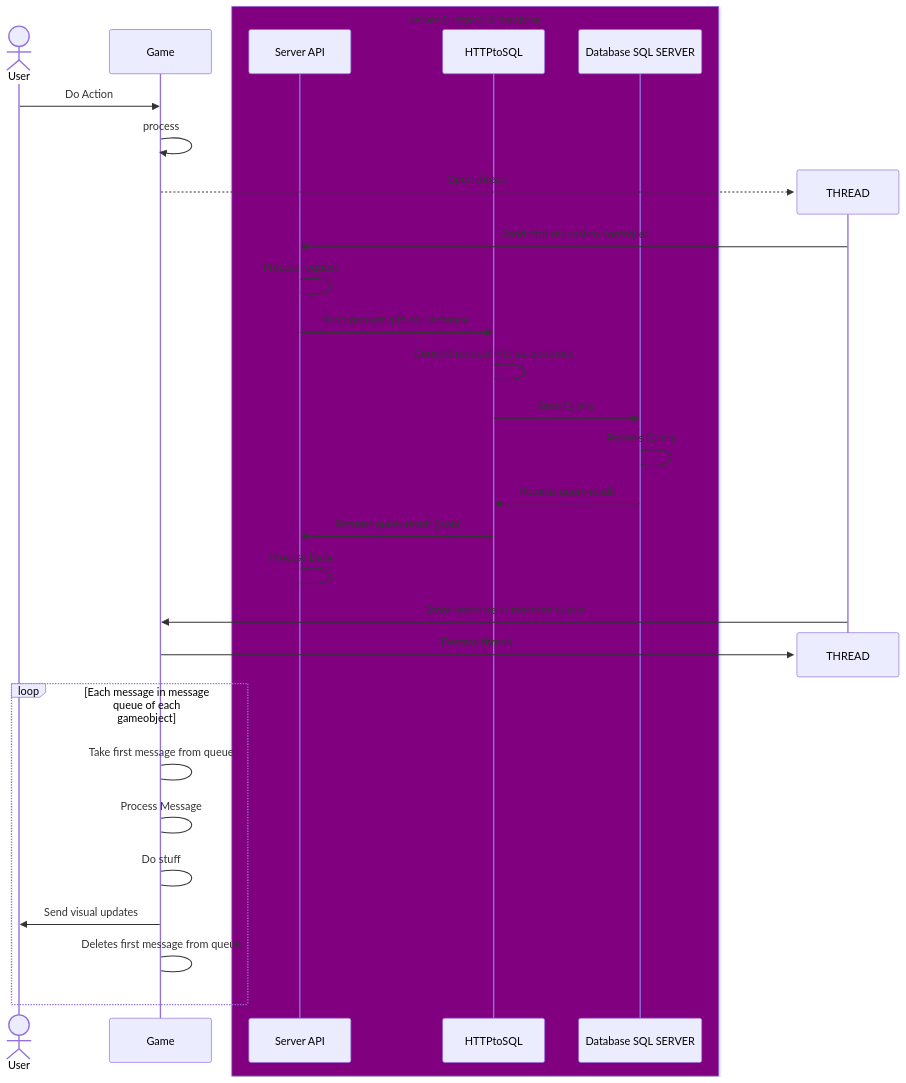
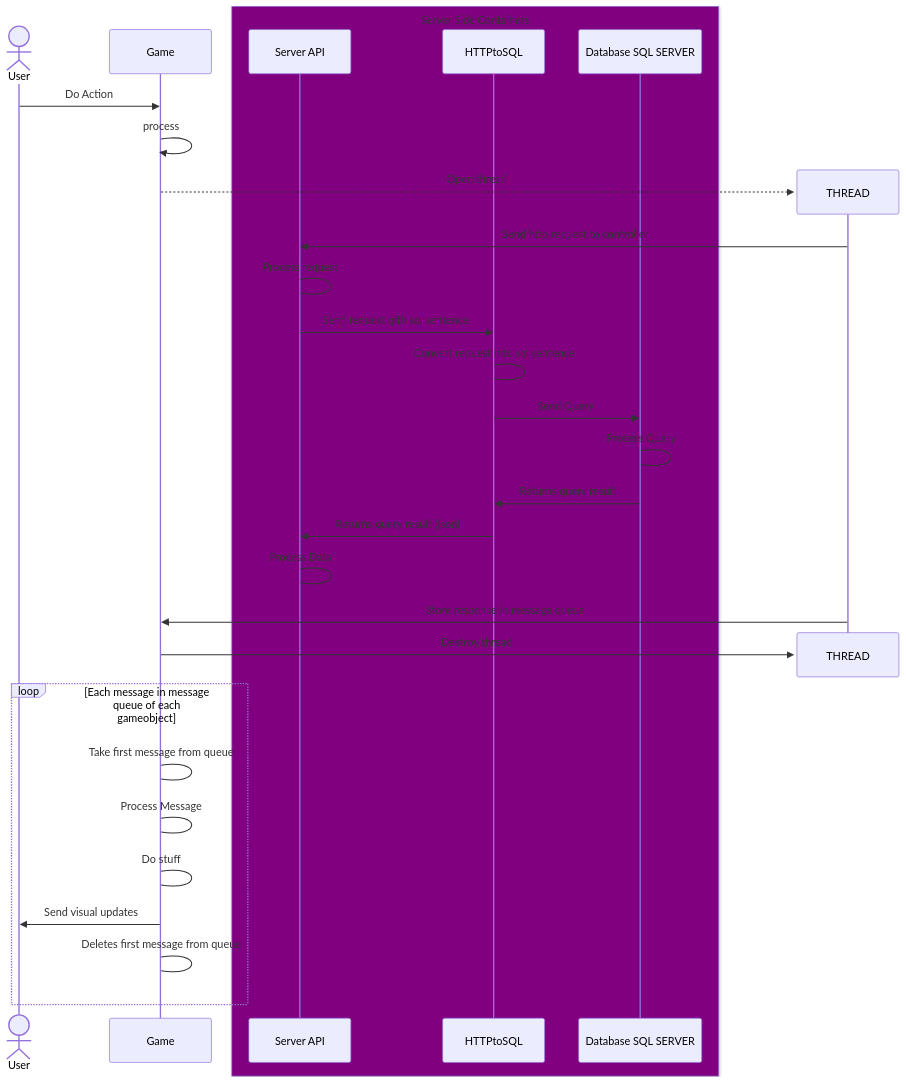
One commit to dchaves80/Automata changed the diagram in GeneralDataflow.mmd. Above: the diagram before and after it, drawn with Mermaid.

```diff
--- a/GeneralDataflow.mmd
+++ b/GeneralDataflow.mmd
@@ -1,36 +1,36 @@
 sequenceDiagram
   actor user as User
   participant client as Game
-  box Purple server & httpsql & database
+  box Purple Server Side Containers
   participant server as Server API
   participant httpsql as HTTPtoSQL
   participant database as Database SQL SERVER
   end
 %% 1
   user->>client: Do Action
   client->>client: process
 %% 1
   create participant thread as THREAD
   client-->>thread:Open thread
   thread->>server:Send http request to controller
   server->server:Process request
   server->>httpsql:Send request qith sql sentence
   httpsql->httpsql:Convert request into sql sentence
   httpsql->>database:Send Query
   database->database:Process Query
 %% 3
   database->>httpsql:Returns query result
   httpsql->>server:Returns query result (json)
   server->server:Process Data
   thread->>client:Store response in message queue
   destroy thread
   client->>thread:Destroy thread
   
 %% 4
   loop Each message in message queue of each gameobject
     client->client:Take first message from queue
     client->client:Process Message
     client->client:Do stuff
     client->>user:Send visual updates
     client->client:Deletes first message from queue
   end
```
